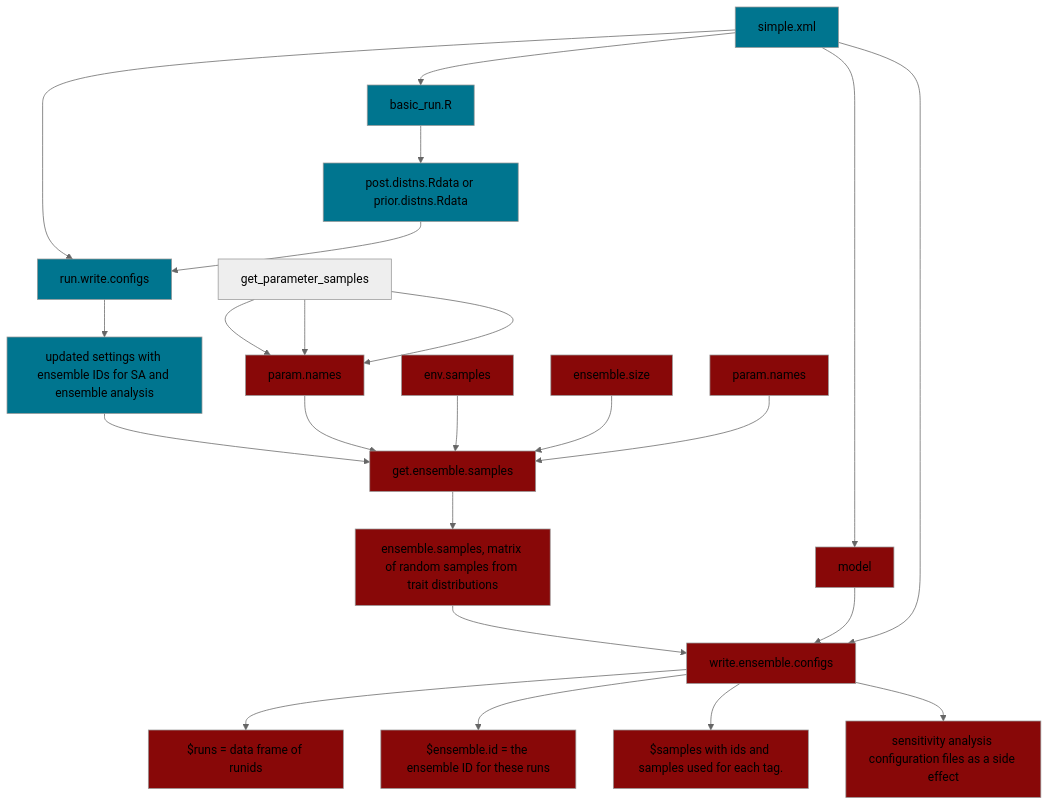
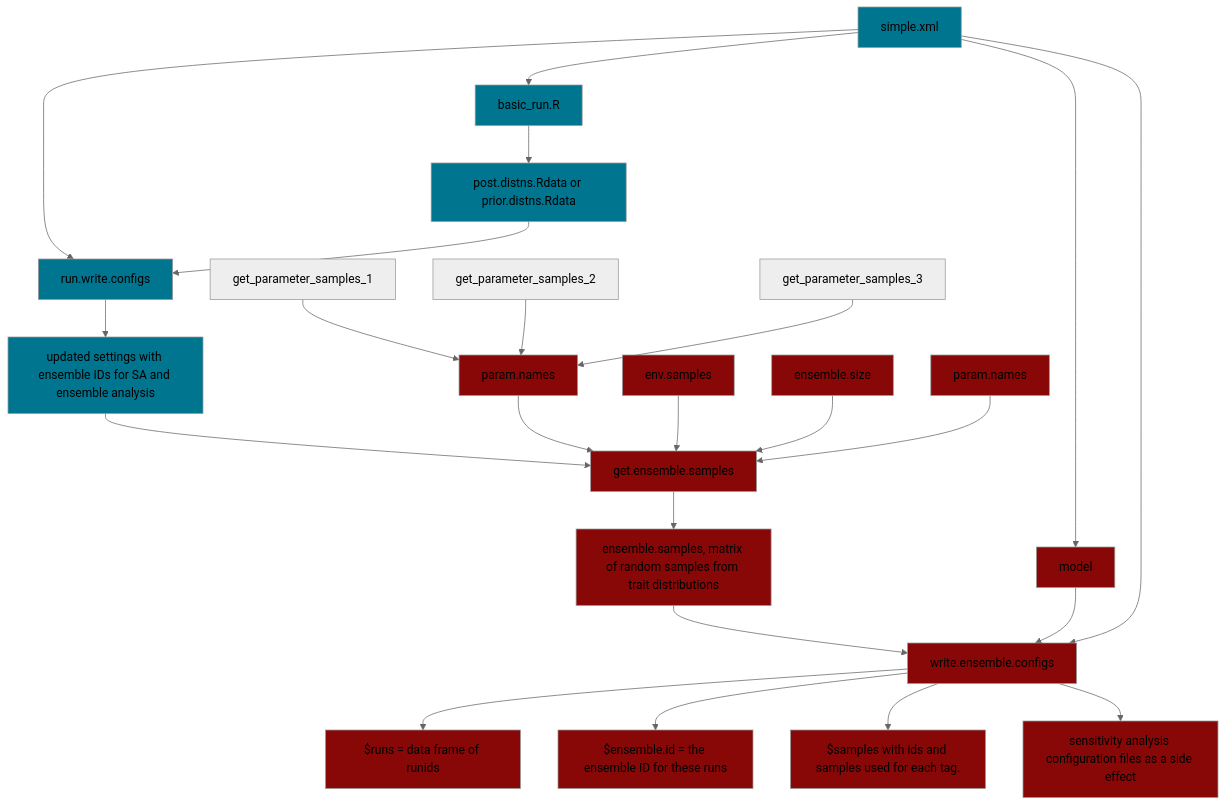
The diagram in README.md (ecamo19/gsoc_project_2022_vm), drawn with Mermaid (neutral theme) before and after one commit.

````diff
--- a/README.md
+++ b/README.md
@@ -47,49 +47,49 @@
 ```mermaid
   graph TD;
       simple.xml-->run.write.configs;
       simple.xml-->basic_run.R;
       simple.xml-->model;
       basic_run.R-->posterior.files[post.distns.Rdata or prior.distns.Rdata];
       posterior.files[post.distns.Rdata or prior.distns.Rdata]-->run.write.configs;
       run.write.configs-->output_1[updated settings with ensemble IDs for SA and ensemble analysis ];
       output_1[updated settings with ensemble IDs for SA and ensemble analysis]-->get.ensemble.samples;
       input_get_ensemble_1[pft.samples]-->get.ensemble.samples;
       input_get_ensemble_2[env.samples]-->get.ensemble.samples;
       input_get_ensemble_3[ensemble.size]-->get.ensemble.samples;
       input_get_ensemble_4[param.names]-->get.ensemble.samples;
-      get_parameter_samples--> input_get_ensemble_1[pft.samples];  
-      get_parameter_samples--> input_get_ensemble_1[ensemble.size];
-      get_parameter_samples--> input_get_ensemble_1[param.names];
+      get_parameter_samples_1--> input_get_ensemble_1[pft.samples];  
+      get_parameter_samples_2--> input_get_ensemble_1[ensemble.size];
+      get_parameter_samples_3--> input_get_ensemble_1[param.names];
       get.ensemble.samples--> output_get_ensemble[ensemble.samples, matrix of random samples from trait distributions];
       output_get_ensemble[ensemble.samples, matrix of random samples from trait distributions]-->write.ensemble.configs;
       model-->write.ensemble.configs;
       simple.xml-->write.ensemble.configs;
       write.ensemble.configs-->output_write_ensemble_1[$runs = data frame of runids];
       write.ensemble.configs-->output_write_ensemble_2[$ensemble.id = the ensemble ID for these runs];
       write.ensemble.configs-->output_write_ensemble_3[$samples with ids and samples used for each tag.];
       write.ensemble.configs-->output_write_ensemble_4[sensitivity analysis configuration files as a side effect];
       
       
      
       style basic_run.R fill:#00758f
       style output_1 fill:#00758f
       style run.write.configs fill:#00758f
       style simple.xml fill:#00758f
       style posterior.files fill:#00758f
       
       
   
       style input_get_ensemble_1 fill:#880808
       style input_get_ensemble_2 fill:#880808
       style input_get_ensemble_3 fill:#880808
       style input_get_ensemble_4 fill:#880808
       style get.ensemble.samples fill:#880808
       style output_get_ensemble  fill:#880808 
       style model fill:#880808 
       style write.ensemble.configs fill:#880808
       style output_write_ensemble_1 fill:#880808
       style output_write_ensemble_2 fill:#880808
       style output_write_ensemble_3 fill:#880808
       style output_write_ensemble_4 fill:#880808
       
 ```
````
